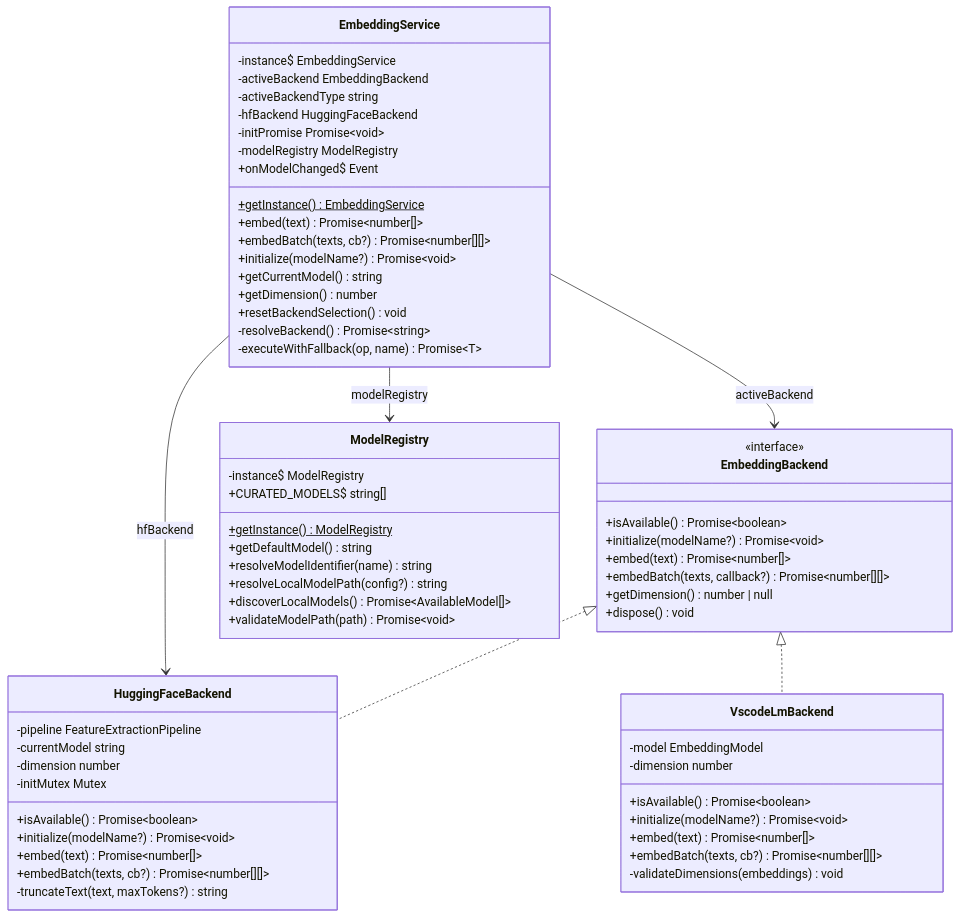
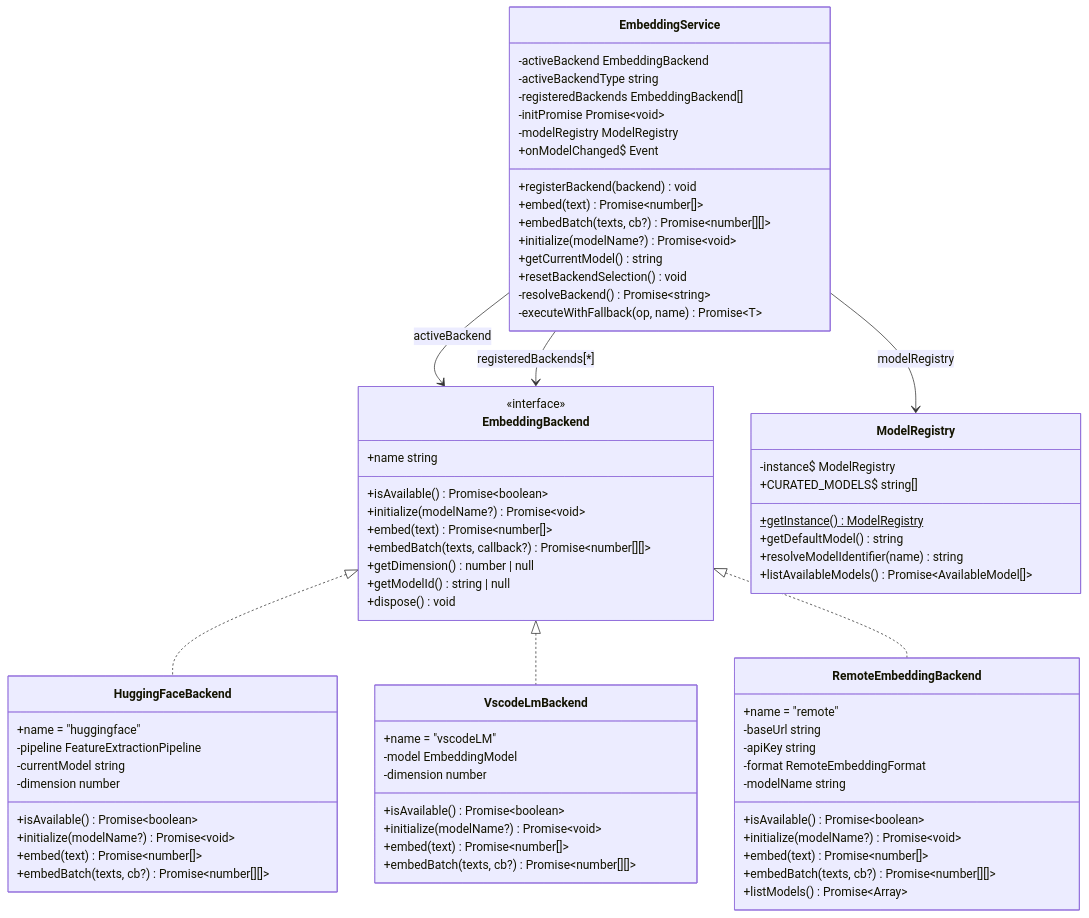
Before and after one commit to hyorman/RAGnarok: the seventh of 16 diagrams in ARCHITECTURE.md, drawn with Mermaid. The commit also changed other lines of this file and 157 other files, not shown here.

````diff
--- a/ARCHITECTURE.md
+++ b/ARCHITECTURE.md
@@ -474,70 +471,81 @@
 ```mermaid
 classDiagram
     class EmbeddingBackend {
         <<interface>>
+        +name string
         +isAvailable() Promise~boolean~
         +initialize(modelName?) Promise~void~
         +embed(text) Promise~number[]~
         +embedBatch(texts, callback?) Promise~number[][]~
         +getDimension() number | null
+        +getModelId() string | null
         +dispose() void
     }
 
     class EmbeddingService {
-        -instance$ EmbeddingService
         -activeBackend EmbeddingBackend
         -activeBackendType string
-        -hfBackend HuggingFaceBackend
+        -registeredBackends EmbeddingBackend[]
         -initPromise Promise~void~
         -modelRegistry ModelRegistry
-        +getInstance()$ EmbeddingService
+        +registerBackend(backend) void
         +embed(text) Promise~number[]~
         +embedBatch(texts, cb?) Promise~number[][]~
         +initialize(modelName?) Promise~void~
         +getCurrentModel() string
-        +getDimension() number
         +resetBackendSelection() void
         -resolveBackend() Promise~string~
         -executeWithFallback(op, name) Promise~T~
         +onModelChanged$ Event
     }
 
     class HuggingFaceBackend {
+        +name = "huggingface"
         -pipeline FeatureExtractionPipeline
         -currentModel string
         -dimension number
-        -initMutex Mutex
         +isAvailable() Promise~boolean~
         +initialize(modelName?) Promise~void~
         +embed(text) Promise~number[]~
         +embedBatch(texts, cb?) Promise~number[][]~
-        -truncateText(text, maxTokens?) string
     }
 
     class VscodeLmBackend {
+        +name = "vscodeLM"
         -model EmbeddingModel
         -dimension number
         +isAvailable() Promise~boolean~
         +initialize(modelName?) Promise~void~
         +embed(text) Promise~number[]~
         +embedBatch(texts, cb?) Promise~number[][]~
-        -validateDimensions(embeddings) void
+    }
+
+    class RemoteEmbeddingBackend {
+        +name = "remote"
+        -baseUrl string
+        -apiKey string
+        -format RemoteEmbeddingFormat
+        -modelName string
+        +isAvailable() Promise~boolean~
+        +initialize(modelName?) Promise~void~
+        +embed(text) Promise~number[]~
+        +embedBatch(texts, cb?) Promise~number[][]~
+        +listModels() Promise~Array~
     }
 
     class ModelRegistry {
         -instance$ ModelRegistry
         +getInstance()$ ModelRegistry
         +getDefaultModel() string
         +resolveModelIdentifier(name) string
-        +resolveLocalModelPath(config?) string
-        +discoverLocalModels() Promise~AvailableModel[]~
-        +validateModelPath(path) Promise~void~
+        +listAvailableModels() Promise~AvailableModel[]~
         +CURATED_MODELS$ string[]
     }
 
     EmbeddingBackend <|.. HuggingFaceBackend
     EmbeddingBackend <|.. VscodeLmBackend
+    EmbeddingBackend <|.. RemoteEmbeddingBackend
     EmbeddingService --> EmbeddingBackend : activeBackend
-    EmbeddingService --> HuggingFaceBackend : hfBackend
+    EmbeddingService --> EmbeddingBackend : registeredBackends[*]
     EmbeddingService --> ModelRegistry : modelRegistry
 ```
````
